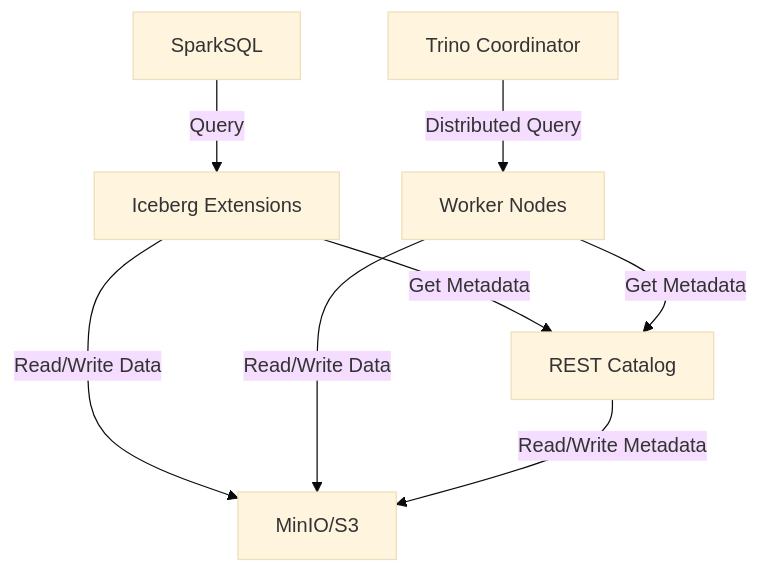
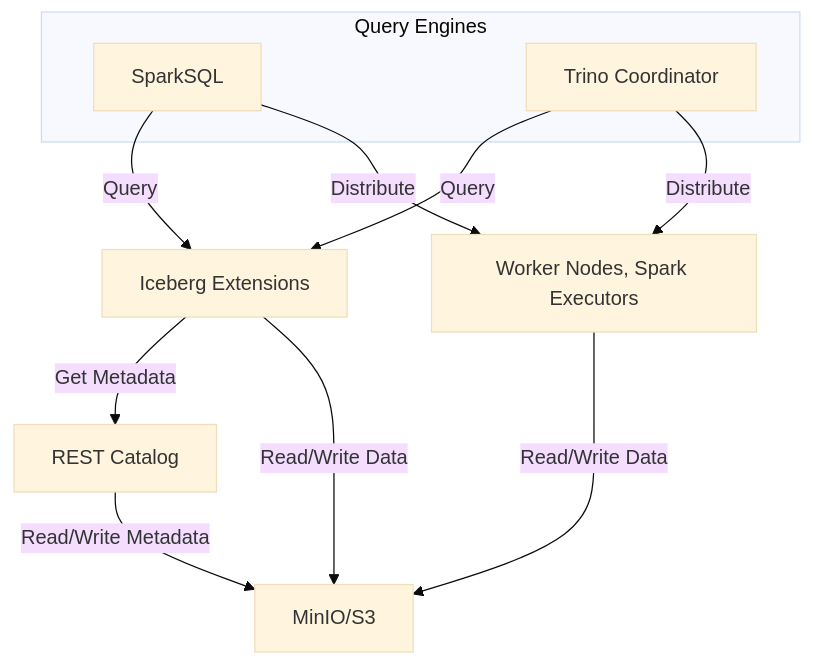
Before and after one commit to EM51641/iceberg: the diagram in README.md, drawn with Mermaid (base theme). The commit also changed other lines of this file, not shown here.

Commit message:
Corrected some typos and improved the `schema`

````diff
--- a/README.md
+++ b/README.md
@@ -3,12 +3,19 @@
 ```mermaid
 graph TD
+
+    subgraph Query Engines 
+        A[SparkSQL]
+        P[Trino Coordinator]
+    end
+
     A[SparkSQL] -->|Query| B[Iceberg Extensions]
+    P[Trino Coordinator] -->|Query| B
     B -->|Get Metadata| C[REST Catalog]
     B -->|Read/Write Data| E[MinIO/S3]
 
-    P[Trino Coordinator] -->|Distributed Query| W[Worker Nodes]
-    W -->|Get Metadata| C[REST Catalog]
-    W -->|Read/Write Data| E[MinIO/S3]
+    A[SparkSQL] -->|Distribute| W[Worker Nodes, Spark Executors]
+    P[Trino Coordinator] -->|Distribute| W
+    W -->|Read/Write Data| E
 
-    C -->|Read/Write Metadata| E[MinIO/S3]
+    C -->|Read/Write Metadata| E
 ```
````
